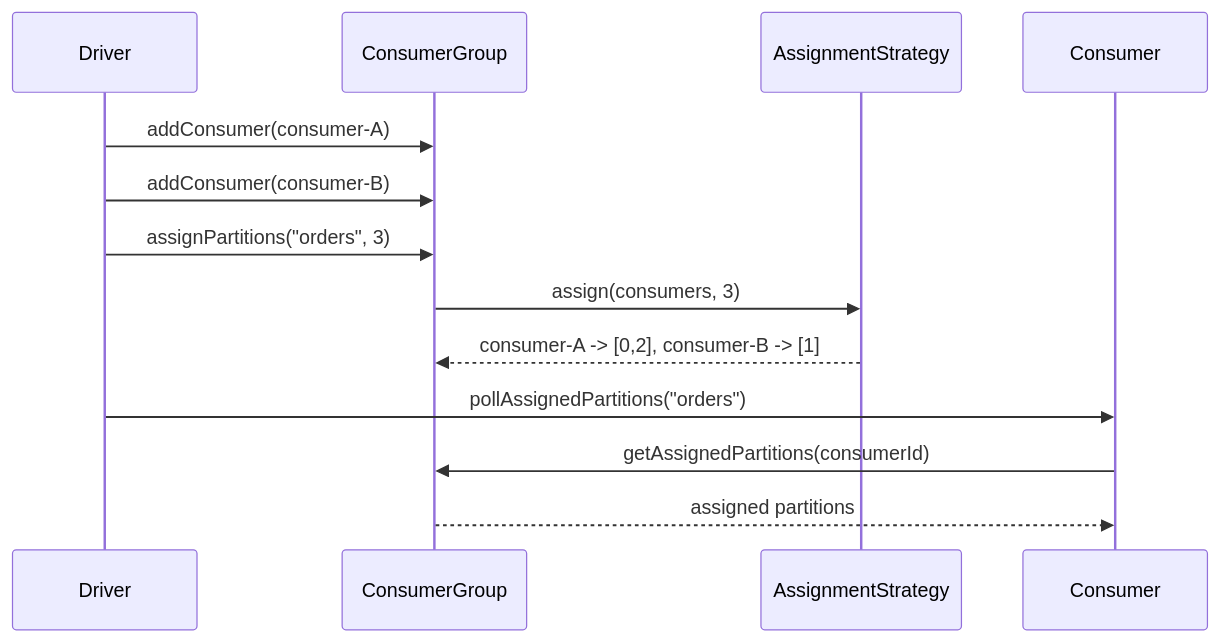
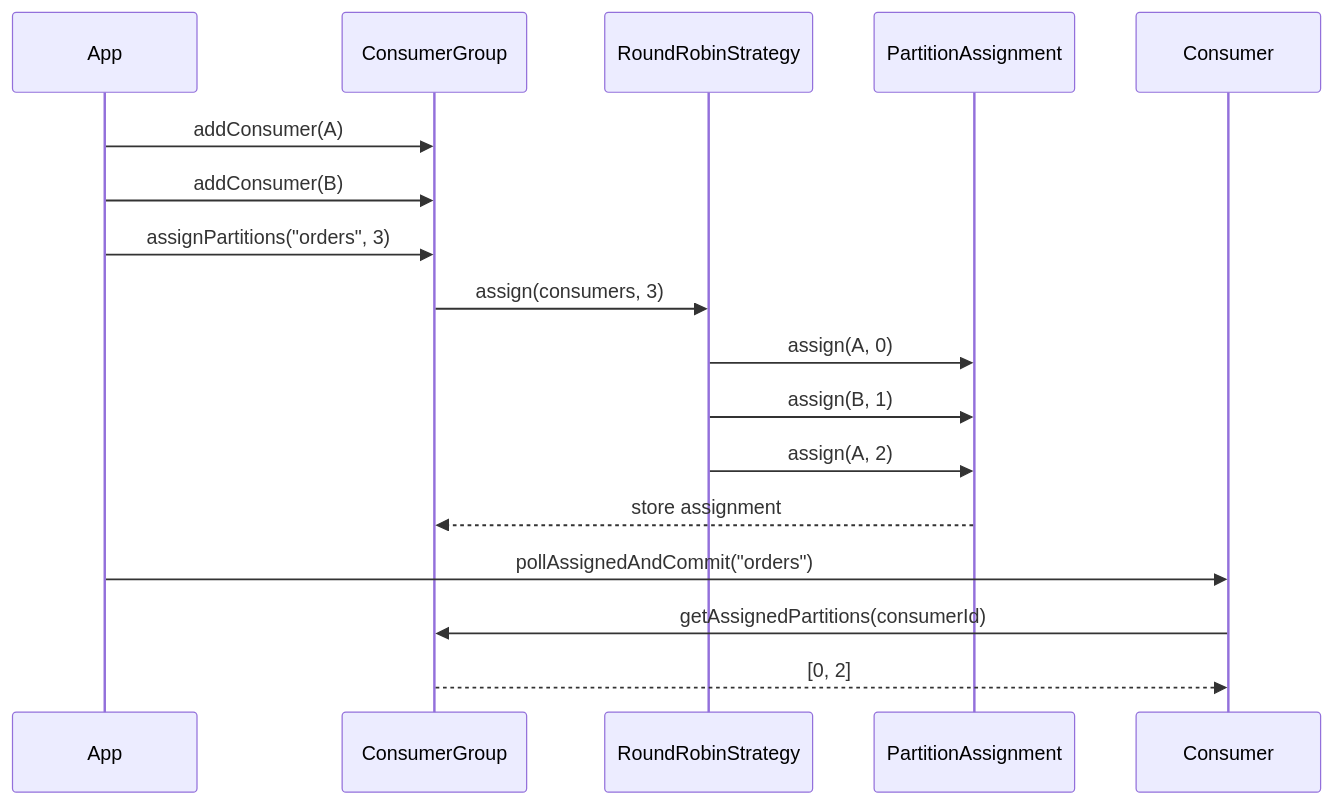
One commit to mthaiseer/springcloud-systemdesign-notes changed the second of 2 diagrams in HLD_NOTES/006_MINI_PROJECTS/001_MINI_PROJECTS/Kafka/015_Partition_Assignment.md. Above: the diagram before and after it, drawn with Mermaid. The commit also changed other lines of this file, not shown here.

````diff
--- a/HLD_NOTES/006_MINI_PROJECTS/001_MINI_PROJECTS/Kafka/015_Partition_Assignment.md
+++ b/HLD_NOTES/006_MINI_PROJECTS/001_MINI_PROJECTS/Kafka/015_Partition_Assignment.md
@@ -185,16 +194,21 @@
 ```mermaid
 sequenceDiagram
-    participant Driver
+    participant App
     participant Group as ConsumerGroup
-    participant Strategy as AssignmentStrategy
+    participant Strategy as RoundRobinStrategy
+    participant Assignment as PartitionAssignment
     participant Consumer
 
-    Driver->>Group: addConsumer(consumer-A)
-    Driver->>Group: addConsumer(consumer-B)
-    Driver->>Group: assignPartitions("orders", 3)
+    App->>Group: addConsumer(A)
+    App->>Group: addConsumer(B)
+    App->>Group: assignPartitions("orders", 3)
     Group->>Strategy: assign(consumers, 3)
-    Strategy-->>Group: consumer-A -> [0,2], consumer-B -> [1]
-    Driver->>Consumer: pollAssignedPartitions("orders")
+    Strategy->>Assignment: assign(A, 0)
+    Strategy->>Assignment: assign(B, 1)
+    Strategy->>Assignment: assign(A, 2)
+    Assignment-->>Group: store assignment
+
+    App->>Consumer: pollAssignedAndCommit("orders")
     Consumer->>Group: getAssignedPartitions(consumerId)
-    Group-->>Consumer: assigned partitions
+    Group-->>Consumer: [0, 2]
 ```
````
